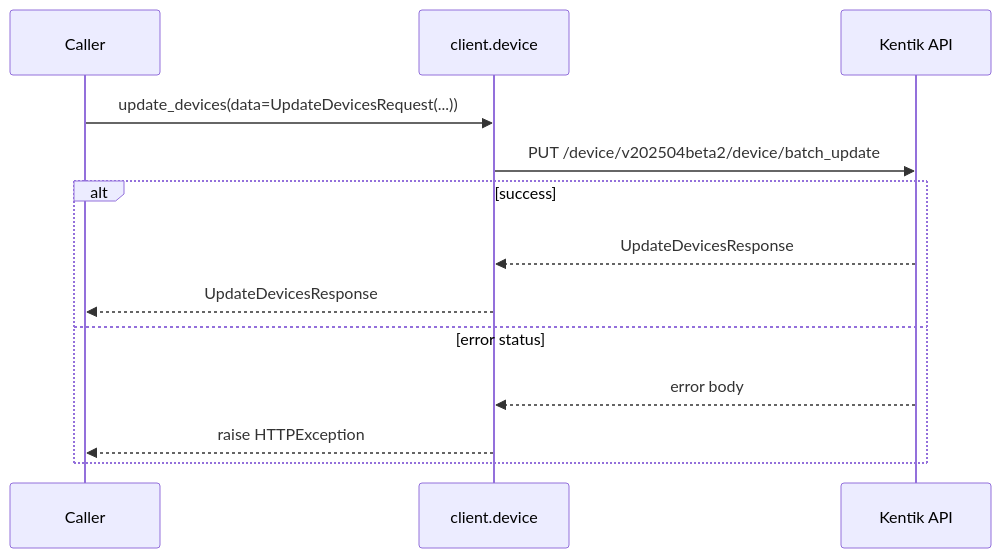
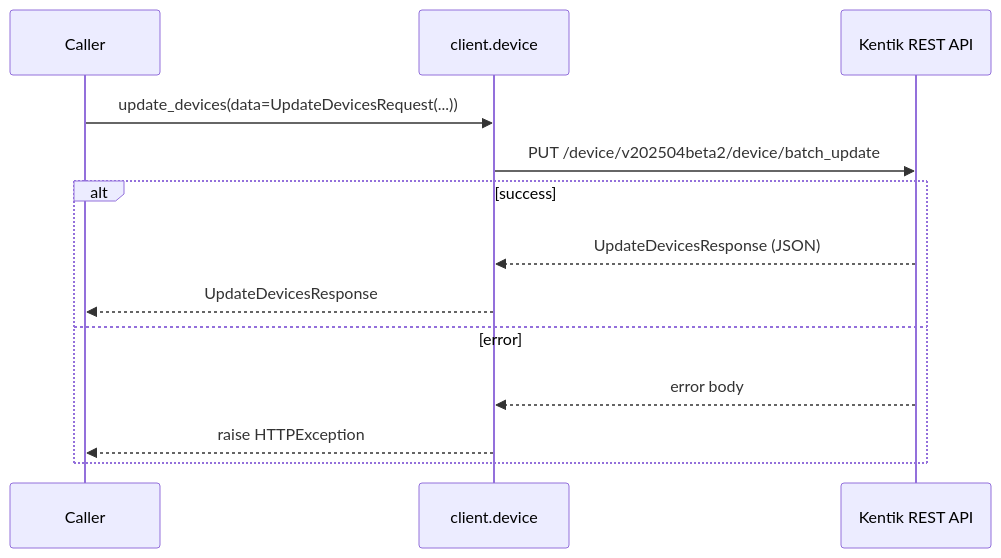
One commit to alexdearaujo/community_sdk_python changed the tenth of 22 diagrams in docs/sphinx/services/device.md. Above: the diagram before and after it, drawn with Mermaid. The commit also changed other lines of this file and 61 other files, not shown here.

````diff
--- a/docs/sphinx/services/device.md
+++ b/docs/sphinx/services/device.md
@@ -232,16 +334,16 @@
 ```mermaid
 sequenceDiagram
     participant C as Caller
     participant W as client.device
-    participant API as Kentik API
+    participant API as Kentik REST API
 
     C->>W: update_devices(data=UpdateDevicesRequest(...))
     W->>API: PUT /device/v202504beta2/device/batch_update
     alt success
-        API-->>W: UpdateDevicesResponse
+        API-->>W: UpdateDevicesResponse (JSON)
         W-->>C: UpdateDevicesResponse
-    else error status
+    else error
         API-->>W: error body
         W-->>C: raise HTTPException
     end
 ```
````
